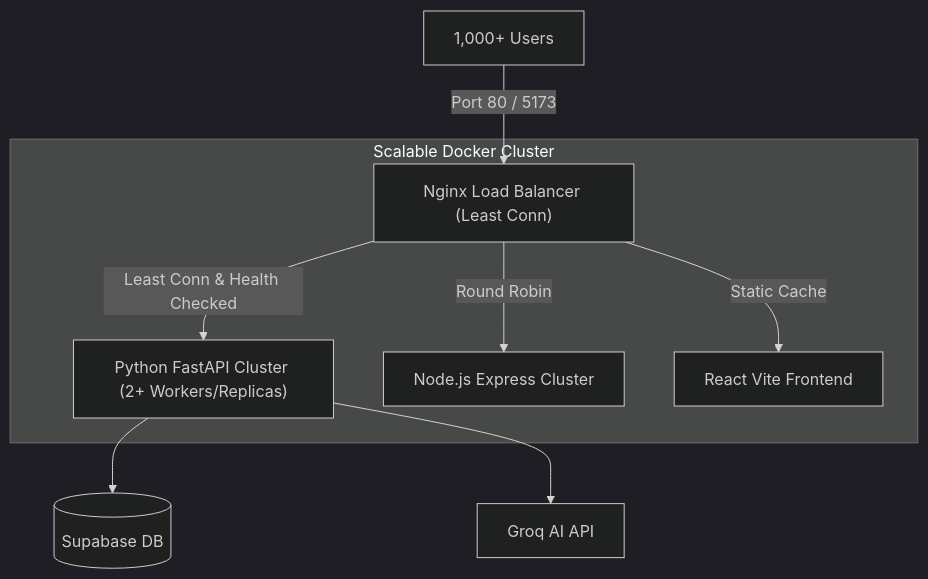
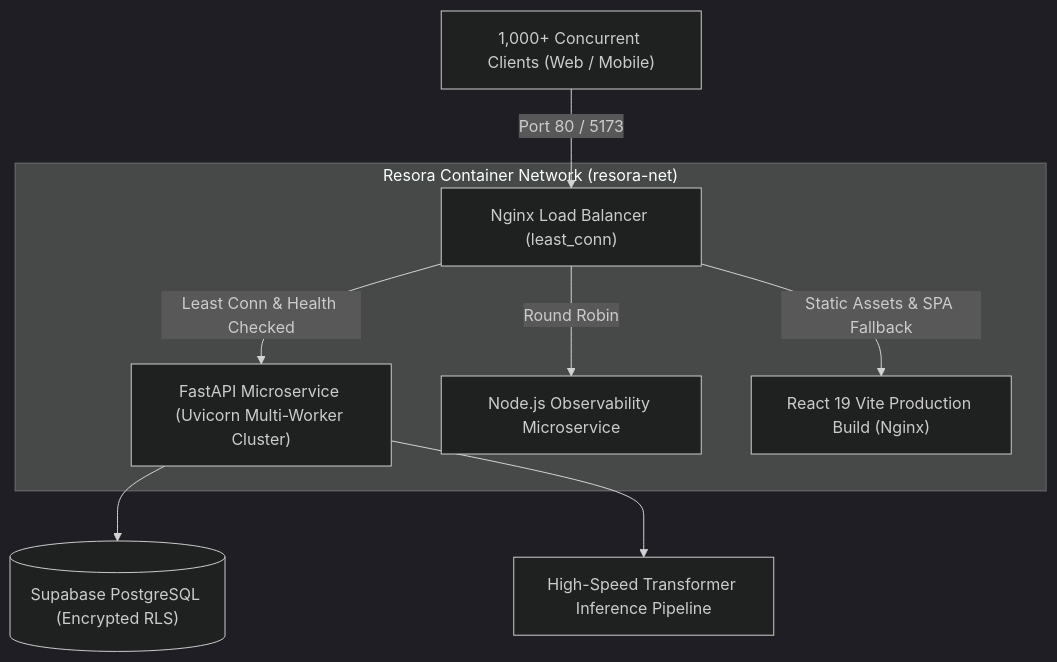
One commit to gnou-15/ResoraV1 changed the diagram in README.md. Above: the diagram before and after it, drawn with Mermaid (dark theme). The commit also changed other lines of this file and 2 other files, not shown here.

````diff
--- a/README.md
+++ b/README.md
@@ -111,13 +60,13 @@
 ```mermaid
 flowchart TD
-    User["1,000+ Users"] -->|Port 80 / 5173| NGINX["Nginx Load Balancer (Least Conn)"]
+    Client["1,000+ Concurrent Clients (Web / Mobile)"] -->|Port 80 / 5173| NGINX["Nginx Load Balancer (least_conn)"]
 
-    subgraph Cluster["Scalable Docker Cluster"]
-        NGINX -->|Least Conn & Health Checked| Py["Python FastAPI Cluster (2+ Workers/Replicas)"]
-        NGINX -->|Round Robin| Node["Node.js Express Cluster"]
-        NGINX -->|Static Cache| Front["React Vite Frontend"]
+    subgraph DockerCluster["Resora Container Network (resora-net)"]
+        NGINX -->|Least Conn & Health Checked| PyCluster["FastAPI Microservice (Uvicorn Multi-Worker Cluster)"]
+        NGINX -->|Round Robin| NodeCluster["Node.js Observability Microservice"]
+        NGINX -->|Static Assets & SPA Fallback| FrontCluster["React 19 Vite Production Build (Nginx)"]
     end
 
-    Py --> Supabase[("Supabase DB")]
-    Py --> Groq["Groq AI API"]
+    PyCluster --> Supabase[("Supabase PostgreSQL (Encrypted RLS)")]
+    PyCluster --> AIInference["High-Speed Transformer Inference Pipeline"]
 ```
````
